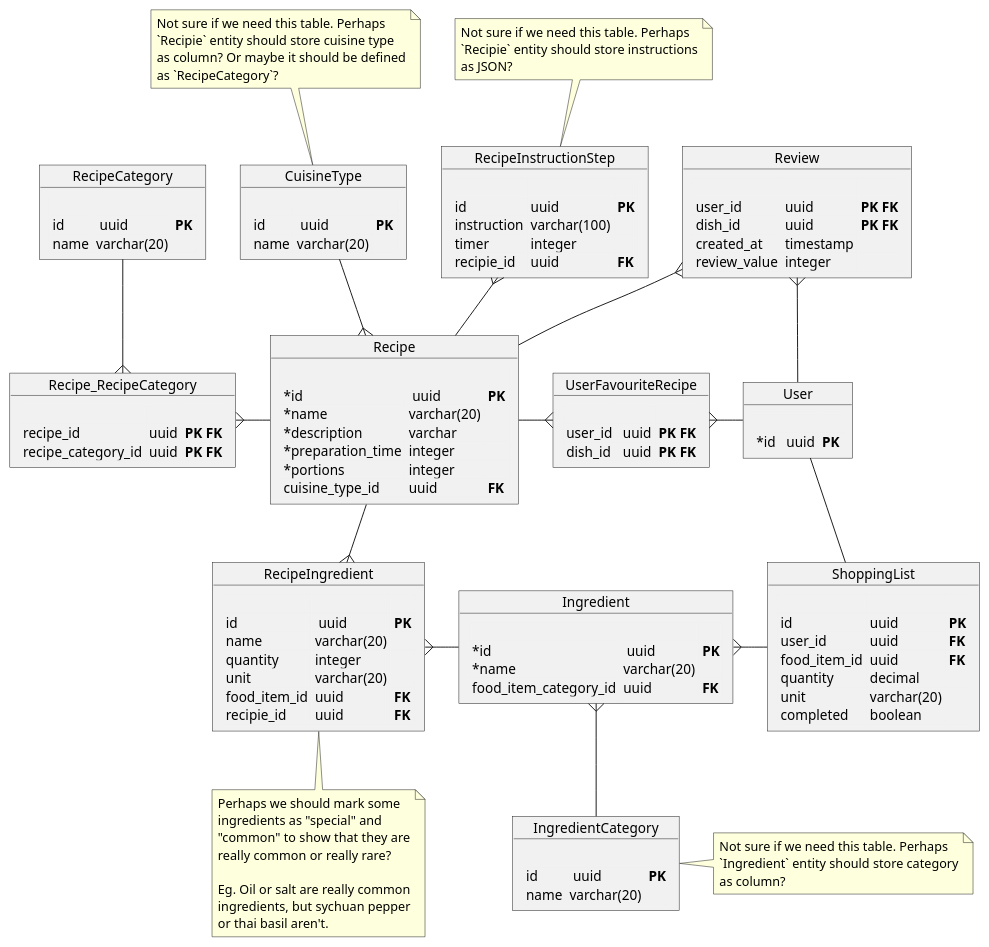
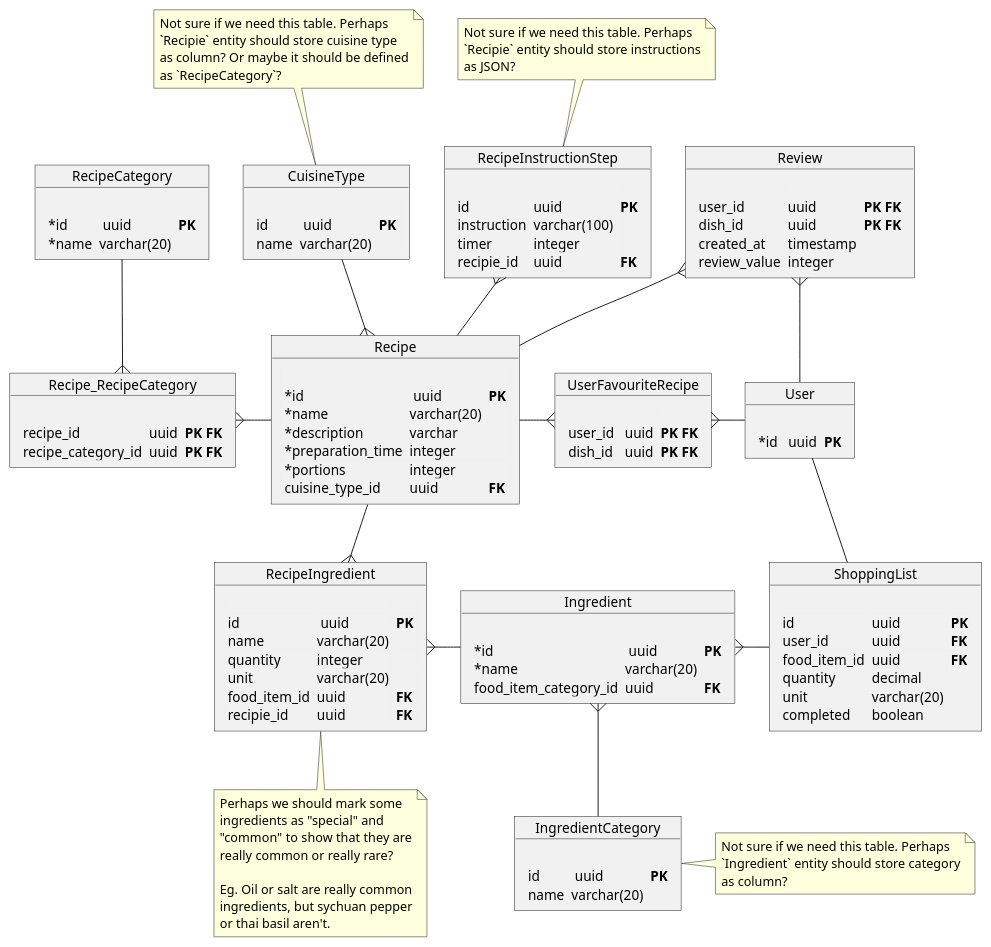
One commit to oskarski/inzynierka changed the diagram in docs/db-schema.puml. Above: the diagram before and after it, drawn with PlantUML.

Commit message:
marked recipe category table as ready for crawler

```diff
--- a/docs/db-schema.puml
+++ b/docs/db-schema.puml
@@ -1,133 +1,133 @@
 @startuml
 object Recipe  {
     <#F1F1F1,#F1F1F1>|= |= |= |
     | *id |  uuid | **PK** |
     | *name | varchar(20) |
     | *description | varchar |
     | *preparation_time | integer |
     | *portions | integer |
     | cuisine_type_id | uuid | **FK** |
 }
 
 object RecipeInstructionStep {
     <#F1F1F1,#F1F1F1>|= |= |= |
     | id | uuid | **PK** |
     | instruction | varchar(100) |
     | timer | integer |
     | recipie_id | uuid | **FK** |
 }
 
 note top of RecipeInstructionStep
     Not sure if we need this table. Perhaps
     `Recipie` entity should store instructions
     as JSON?
 end note
 
 object RecipeIngredient {
   <#F1F1F1,#F1F1F1>|= |= |= |
     | id |  uuid | **PK** |
     | name | varchar(20) |
     | quantity | integer |
     | unit | varchar(20) |
     | food_item_id | uuid| **FK** |
     | recipie_id | uuid | **FK** |
 }
 
 note bottom of RecipeIngredient
     Perhaps we should mark some
     ingredients as "special" and
     "common" to show that they are
     really common or really rare?
 
     Eg. Oil or salt are really common
     ingredients, but sychuan pepper
     or thai basil aren't.
 end note
 
 object Ingredient {
   <#F1F1F1,#F1F1F1>|= |= |= |
     | *id |  uuid | **PK** |
     | *name | varchar(20) |
     | food_item_category_id | uuid | **FK** |
 }
 
 object IngredientCategory {
   <#F1F1F1,#F1F1F1>|= |= |= |
     | id |  uuid | **PK** |
     | name | varchar(20) |
 }
 
 note right of IngredientCategory
     Not sure if we need this table. Perhaps
     `Ingredient` entity should store category
     as column?
 end note
 
 object CuisineType {
     <#F1F1F1,#F1F1F1>|= |= |= |
     | id |  uuid | **PK** |
     | name | varchar(20) |
 }
 
 note top of CuisineType
     Not sure if we need this table. Perhaps
     `Recipie` entity should store cuisine type
     as column? Or maybe it should be defined
     as `RecipeCategory`?
 end note
 
 object RecipeCategory {
     <#F1F1F1,#F1F1F1>|= |= |= |
-    | id |  uuid | **PK** |
-    | name | varchar(20) |
+    | *id |  uuid | **PK** |
+    | *name | varchar(20) |
 }
 
 object Recipe_RecipeCategory {
     <#F1F1F1,#F1F1F1>|= |= |= |
     | recipe_id | uuid | **PK FK** |
     | recipe_category_id | uuid | **PK FK** |
 }
 
 object User {
     <#F1F1F1,#F1F1F1>|= |= |= |
     | *id |  uuid | **PK** |
 }
 
 object UserFavouriteRecipe {
     <#F1F1F1,#F1F1F1>|= |= |= |
     | user_id |  uuid | **PK FK** |
     | dish_id |  uuid | **PK FK** |
 }
 
 object Review {
     <#F1F1F1,#F1F1F1>|= |= |= |
     | user_id | uuid | **PK FK** |
     | dish_id | uuid | **PK FK** |
     | created_at | timestamp | |
     | review_value | integer | |
 }
 
 object ShoppingList {
     <#F1F1F1,#F1F1F1>|= |= |= |
     | id | uuid | **PK** |
     | user_id | uuid | **FK** |
     | food_item_id | uuid | **FK** |
     | quantity | decimal | |
     | unit | varchar(20) | |
     | completed | boolean | |
 }
 
 Recipe -down-{ RecipeIngredient
 RecipeInstructionStep }-- Recipe
 RecipeIngredient }-right- Ingredient
 Ingredient }-- IngredientCategory
 Recipe }-up- CuisineType
 Recipe -left-{ Recipe_RecipeCategory
 Recipe_RecipeCategory }-up- RecipeCategory
 Recipe -right-{ UserFavouriteRecipe
 UserFavouriteRecipe }-right- User
 Recipe -up-{ Review
 Review }-down- User
 User -- ShoppingList
 ShoppingList -left-{ Ingredient
 @enduml
```
